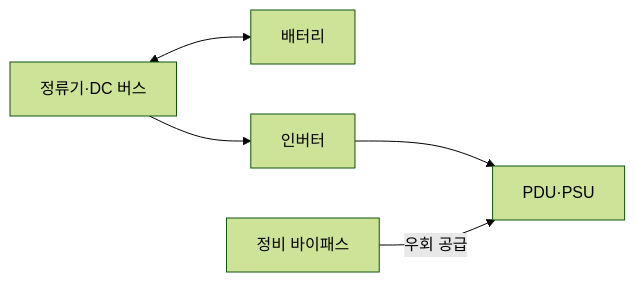
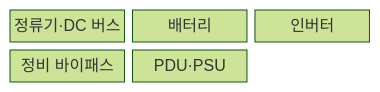
One commit to agnusdei1207/knowledge-base changed the first of 2 diagrams in src/content/docs/notes/02-hardware/055_power_supply_ups.md. Above: the diagram before and after it, drawn with Mermaid (forest theme). The commit also changed other lines of this file and 20 other files, not shown here.

````diff
--- a/src/content/docs/notes/02-hardware/055_power_supply_ups.md
+++ b/src/content/docs/notes/02-hardware/055_power_supply_ups.md
@@ -68,7 +66,9 @@
 ```mermaid
-flowchart LR
-    R[정류기·DC 버스] <--> B[배터리]
-    R --> I[인버터]
-    I --> P[PDU·PSU]
-    M[정비 바이패스] -->|우회 공급| P
+block
+    columns 3
+    R["정류기·DC 버스"]
+    B["배터리"]
+    I["인버터"]
+    M["정비 바이패스"]
+    P["PDU·PSU"]
 ```
````
